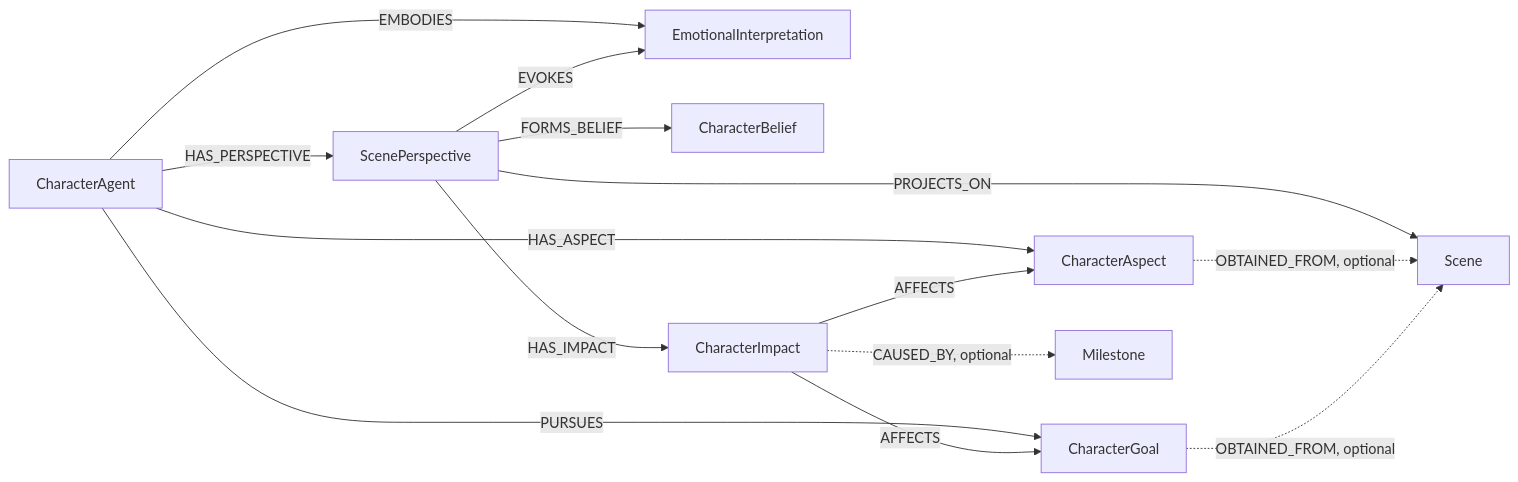
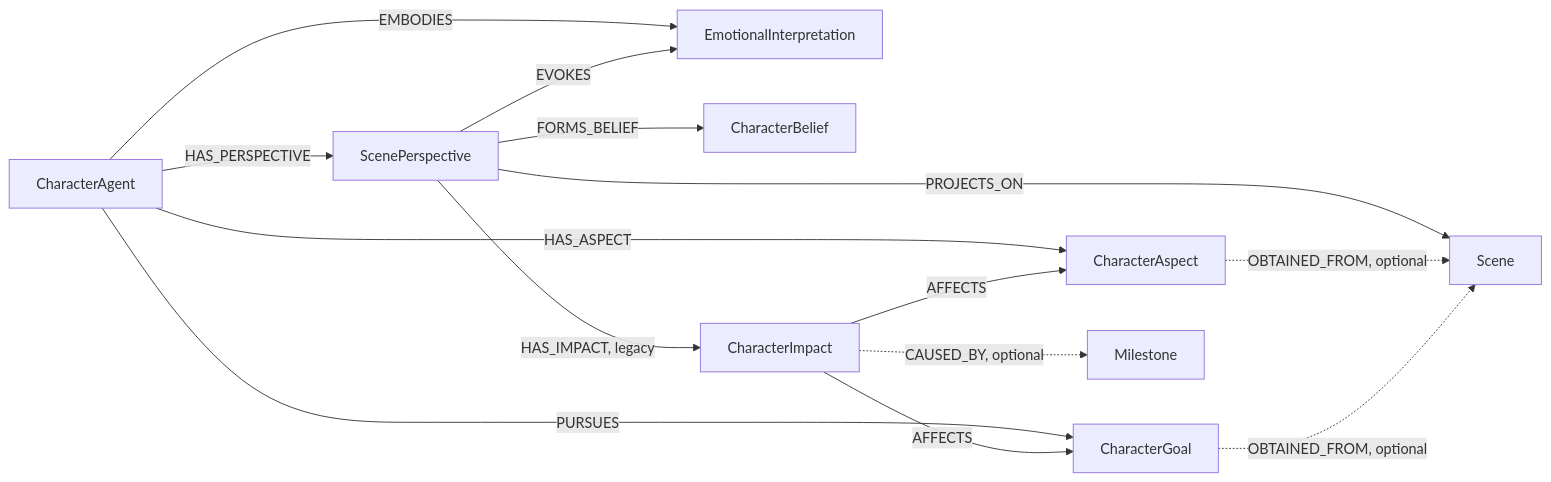
One commit to pablovin/Shrecknet changed the diagram in Documentation/Agents/CharacterAgent/CharacterAgent.md. Above: the diagram before and after it, drawn with Mermaid. The commit also changed other lines of this file and 32 other files, not shown here.

````diff
--- a/Documentation/Agents/CharacterAgent/CharacterAgent.md
+++ b/Documentation/Agents/CharacterAgent/CharacterAgent.md
@@ -15,16 +15,16 @@
 ```mermaid
 flowchart LR
     A[CharacterAgent] -->|EMBODIES| E[EntityInstance]
     A -->|HAS_ASPECT| X[CharacterAspect]
     A -->|PURSUES| G[CharacterGoal]
     A -->|HAS_PERSPECTIVE| P[ScenePerspective]
     P -->|PROJECTS_ON| S
     P -->|EVOKES| E[EmotionalInterpretation]
     P -->|FORMS_BELIEF| B[CharacterBelief]
-    P -->|HAS_IMPACT| I[CharacterImpact]
+    P -->|HAS_IMPACT, legacy| I[CharacterImpact]
     I -->|AFFECTS| X
     I -->|AFFECTS| G
     I -.->|CAUSED_BY, optional| M[Milestone]
     X -.->|OBTAINED_FROM, optional| S[Scene]
     G -.->|OBTAINED_FROM, optional| S
 ```
````
